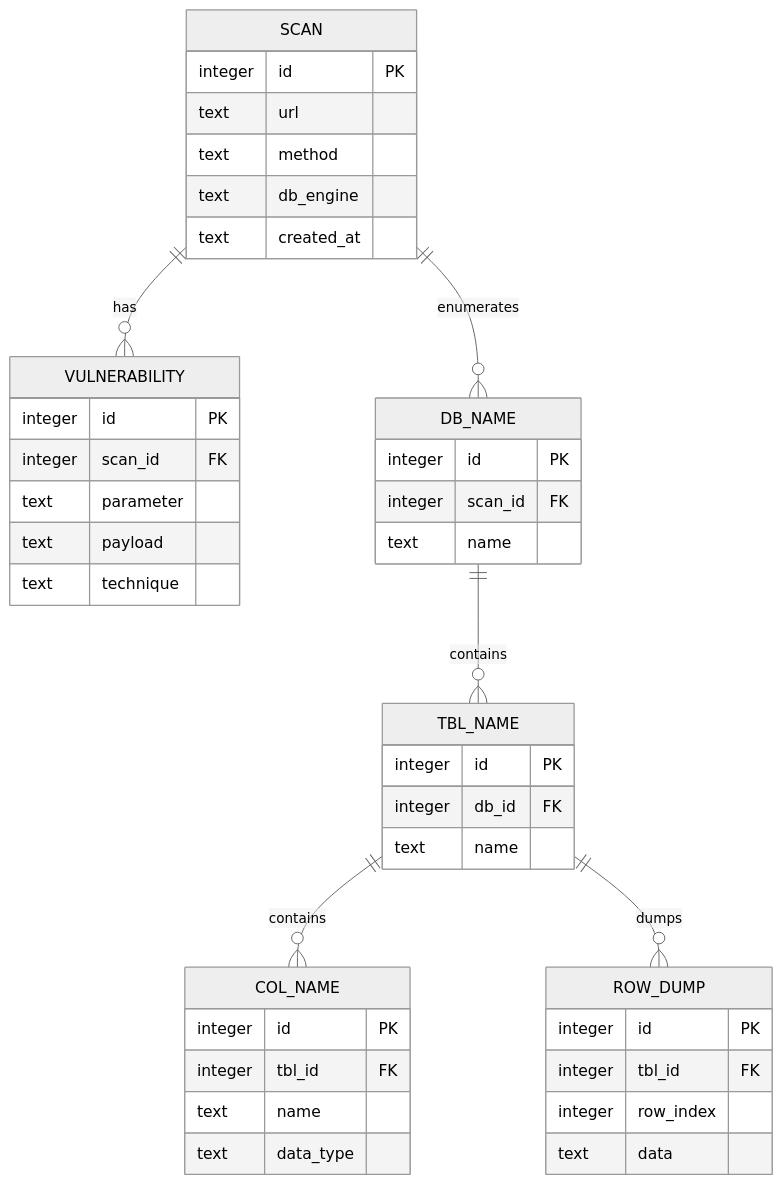
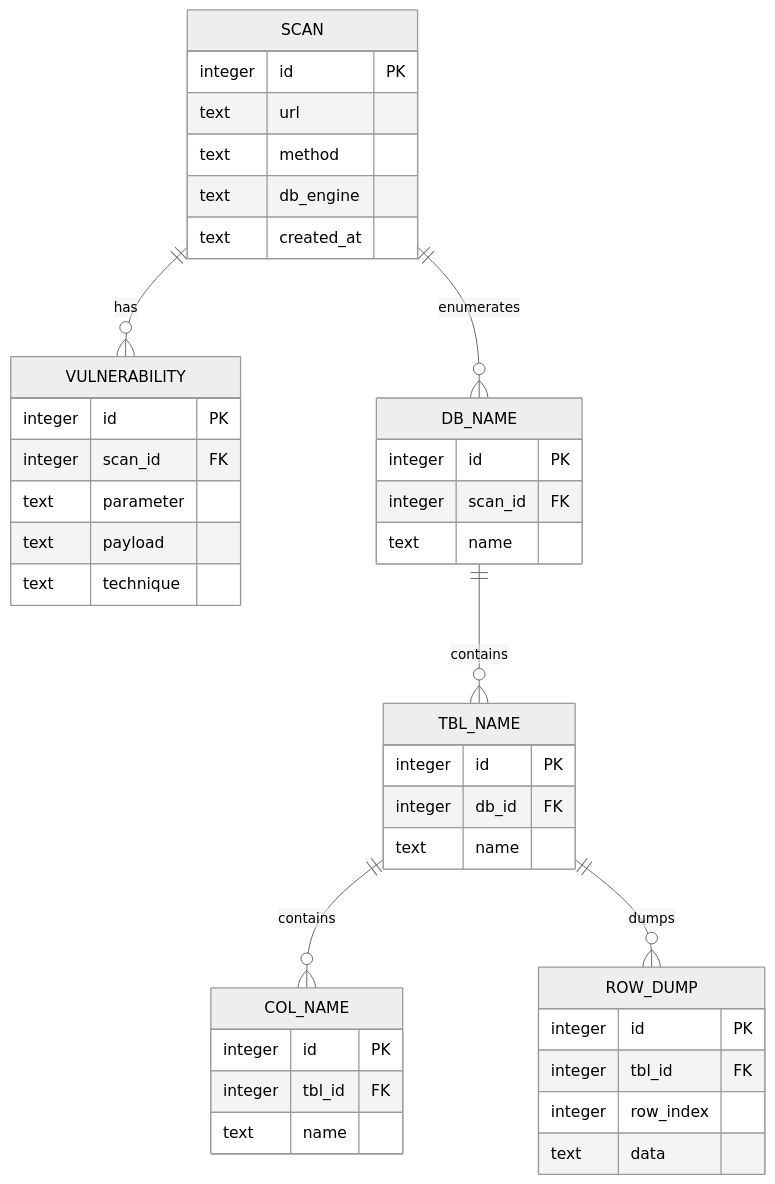
Before and after one commit to TheOrangeCake/advance42: the diagram in branch_cyberSec/piscine/day_8_vaccine/README.md, drawn with Mermaid (neutral theme). The commit also changed other lines of this file, not shown here.

````diff
--- a/branch_cyberSec/piscine/day_8_vaccine/README.md
+++ b/branch_cyberSec/piscine/day_8_vaccine/README.md
@@ -15,45 +142,44 @@
 ```mermaid
 erDiagram
     SCAN ||--o{ VULNERABILITY : "has"
     SCAN ||--o{ DB_NAME : "enumerates"
     DB_NAME ||--o{ TBL_NAME : "contains"
     TBL_NAME ||--o{ COL_NAME : "contains"
     TBL_NAME ||--o{ ROW_DUMP : "dumps"
 
     SCAN {
         integer id PK
         text url
         text method
         text db_engine
         text created_at
     }
     VULNERABILITY {
         integer id PK
         integer scan_id FK
         text parameter
         text payload
         text technique
     }
     DB_NAME {
         integer id PK
         integer scan_id FK
         text name
     }
     TBL_NAME {
         integer id PK
         integer db_id FK
         text name
     }
     COL_NAME {
         integer id PK
         integer tbl_id FK
         text name
-        text data_type
     }
     ROW_DUMP {
         integer id PK
         integer tbl_id FK
         integer row_index
         text data
     }
 ```
````
